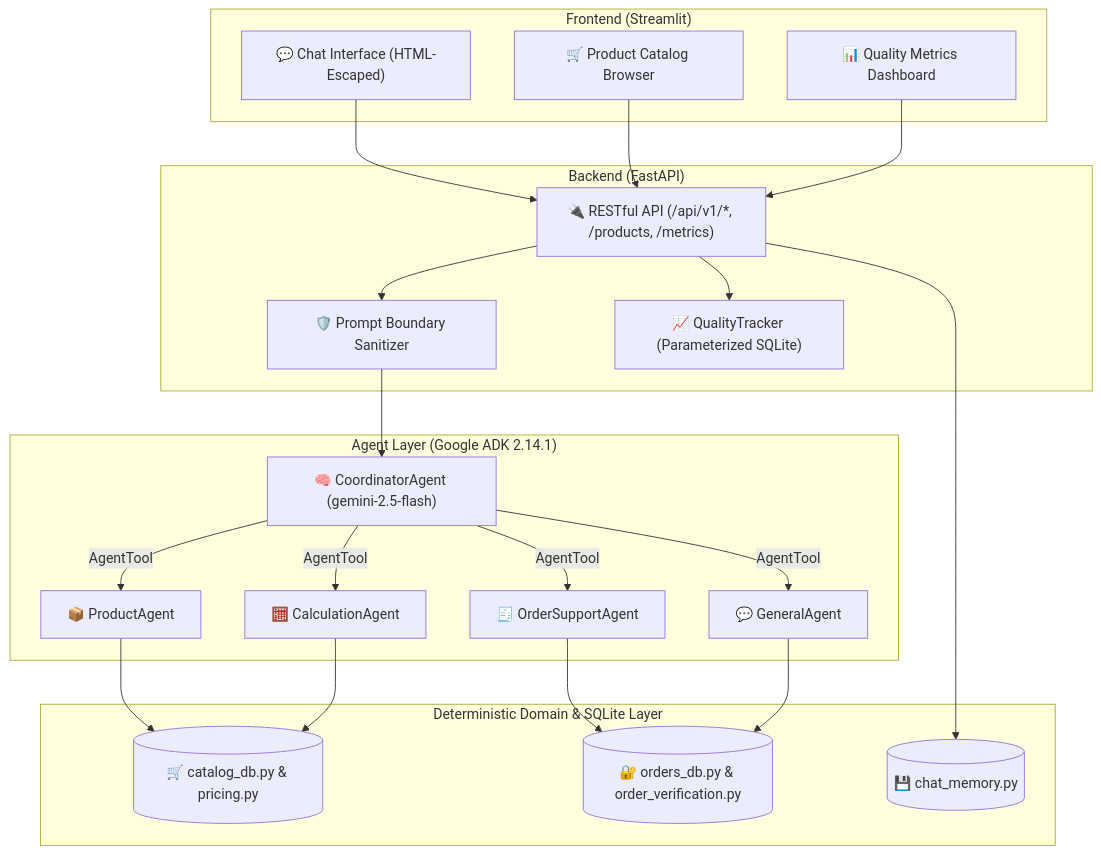
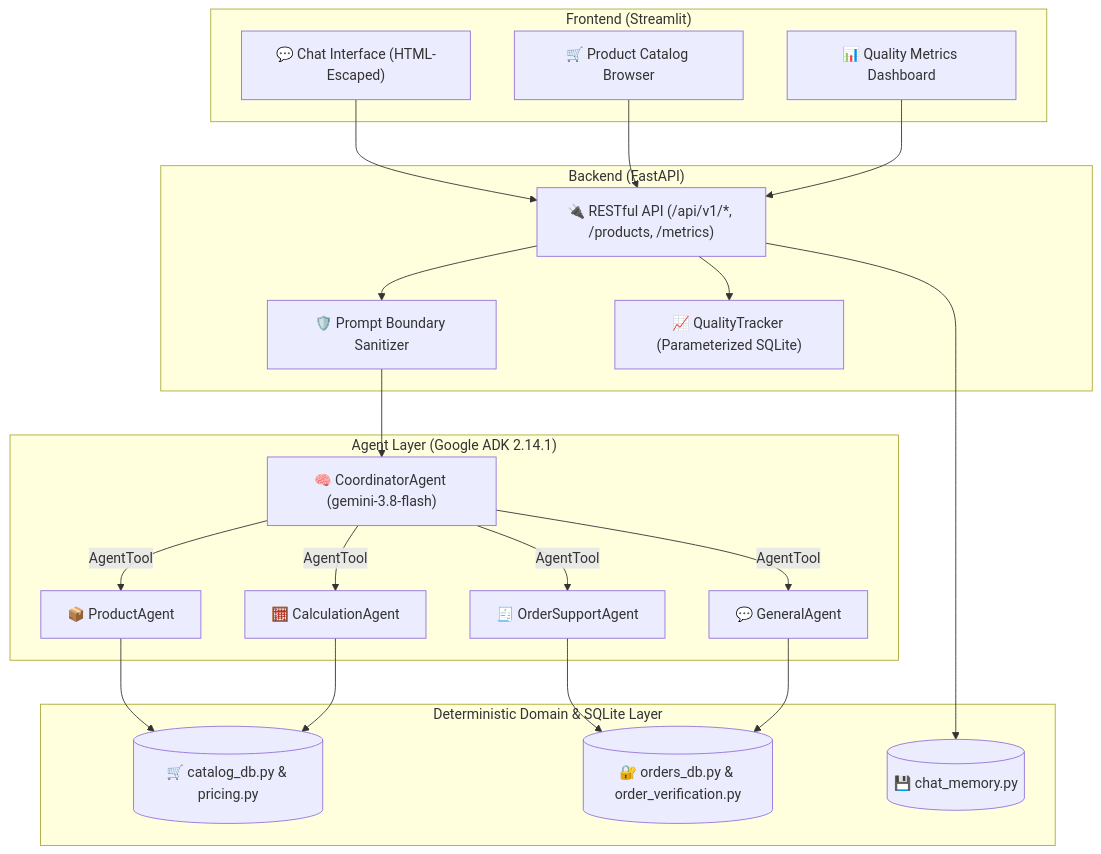
Before and after one commit to AlvLeoAI/multi-agent-ecommerce-support: the diagram in ARCHITECTURE.md, drawn with Mermaid. The commit also changed 5 other files, not shown here.

Commit message:
chore(model): update default AGENT_MODEL fallback and docs to gemini-3.8-flash

````diff
--- a/ARCHITECTURE.md
+++ b/ARCHITECTURE.md
@@ -20,46 +20,46 @@
 ```mermaid
 graph TD
     subgraph "Frontend (Streamlit)"
         UI["💬 Chat Interface (HTML-Escaped)"]
         Cat["🛒 Product Catalog Browser"]
         Dash["📊 Quality Metrics Dashboard"]
     end
 
     subgraph "Backend (FastAPI)"
         API["🔌 RESTful API (/api/v1/*, /products, /metrics)"]
         Bound["🛡️ Prompt Boundary Sanitizer"]
         Track["📈 QualityTracker (Parameterized SQLite)"]
     end
 
     subgraph "Agent Layer (Google ADK 2.14.1)"
-        Coord["🧠 CoordinatorAgent (gemini-2.5-flash)"]
+        Coord["🧠 CoordinatorAgent (gemini-3.8-flash)"]
         Gen["💬 GeneralAgent"]
         Ord["🧾 OrderSupportAgent"]
         Prod["📦 ProductAgent"]
         Calc["🧮 CalculationAgent"]
     end
 
     subgraph "Deterministic Domain & SQLite Layer"
         CatDB[("🛒 catalog_db.py & pricing.py")]
         OrdDB[("🔐 orders_db.py & order_verification.py")]
         MemDB[("💾 chat_memory.py")]
     end
 
     UI --> API
     Cat --> API
     Dash --> API
     API --> Bound
     Bound --> Coord
 
     Coord -->|AgentTool| Gen
     Coord -->|AgentTool| Ord
     Coord -->|AgentTool| Prod
     Coord -->|AgentTool| Calc
 
     Prod --> CatDB
     Calc --> CatDB
     Ord --> OrdDB
     Gen --> OrdDB
     API --> MemDB
     API --> Track
 ```
````
